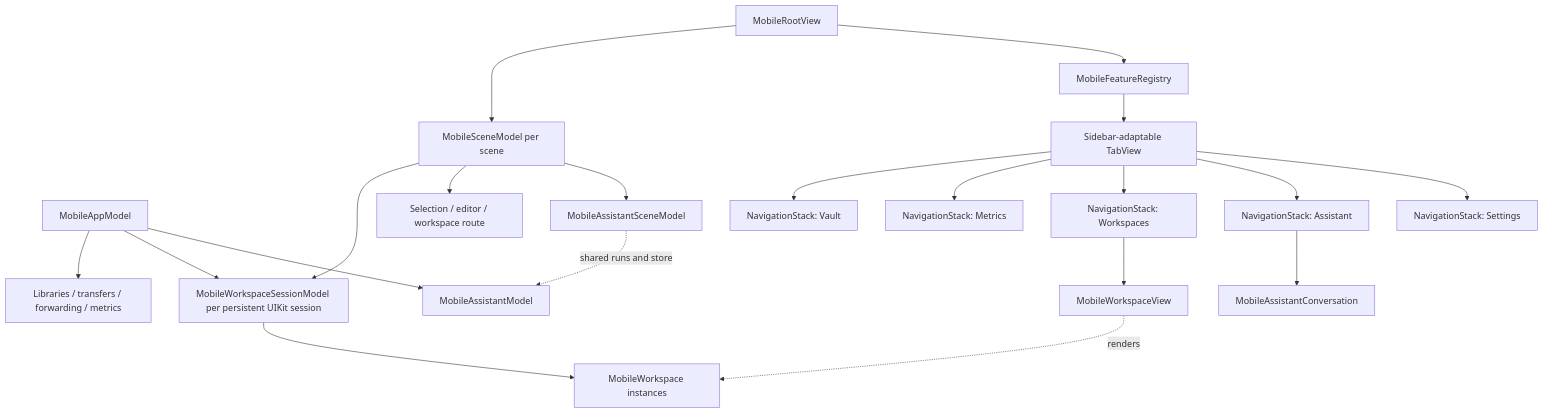
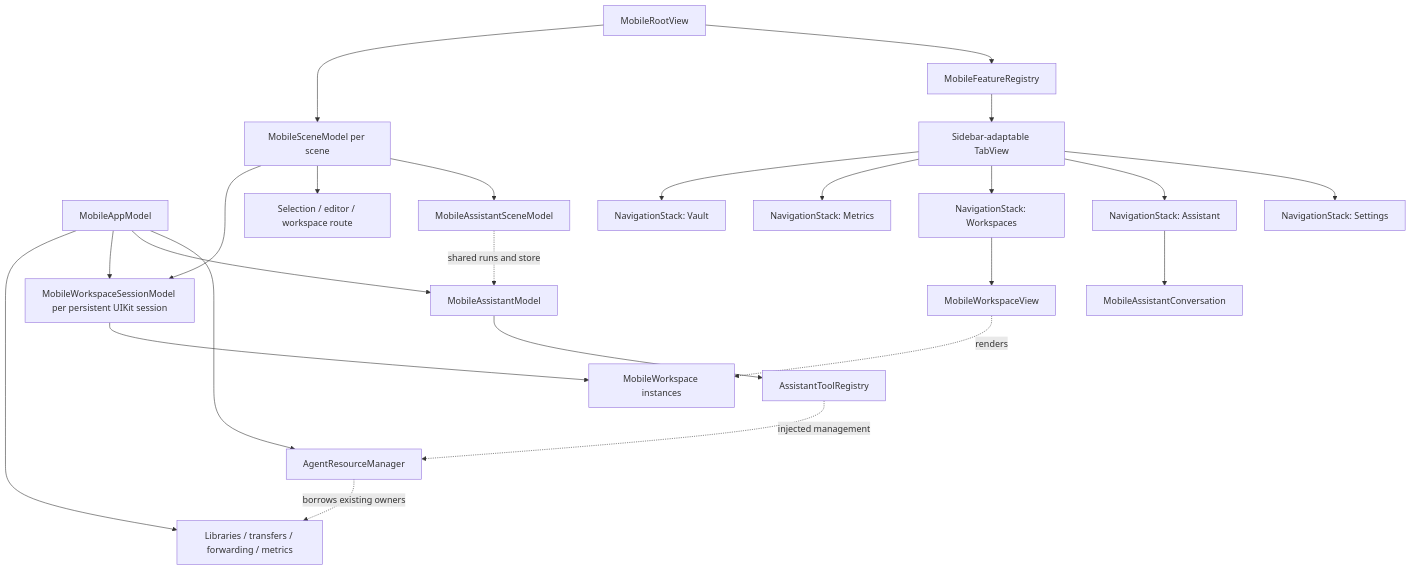
One commit to AkinoKaede/Termind changed the first of 13 diagrams in openwiki/architecture/mobile-ui.md. Above: the diagram before and after it, drawn with Mermaid. The commit also changed other lines of this file and 59 other files, not shown here.

````diff
--- a/openwiki/architecture/mobile-ui.md
+++ b/openwiki/architecture/mobile-ui.md
@@ -193,22 +203,26 @@
 ```mermaid
 flowchart TD
     App[MobileAppModel] --> Shared[Libraries / transfers / forwarding / metrics]
     App --> Sessions["MobileWorkspaceSessionModel per persistent UIKit session"]
     Sessions --> Workspaces[MobileWorkspace instances]
     App --> AssistantRuntime[MobileAssistantModel]
+    App --> Resources[AgentResourceManager]
+    Resources -. borrows existing owners .-> Shared
+    AssistantRuntime --> ToolRegistry[AssistantToolRegistry]
+    ToolRegistry -. injected management .-> Resources
     Root[MobileRootView] --> Scene[MobileSceneModel per scene]
     Scene --> Sessions
     Root --> Registry[MobileFeatureRegistry]
     Registry --> Tabs[Sidebar-adaptable TabView]
     Tabs --> Vault[NavigationStack: Vault]
     Tabs --> Metrics[NavigationStack: Metrics]
     Tabs --> WorkspaceList[NavigationStack: Workspaces]
     Tabs --> Assistant[NavigationStack: Assistant]
     Tabs --> Settings[NavigationStack: Settings]
     Scene --> Routes[Selection / editor / workspace route]
     Scene --> AssistantScene[MobileAssistantSceneModel]
     AssistantScene -. shared runs and store .-> AssistantRuntime
     WorkspaceList --> Detail[MobileWorkspaceView]
     Detail -. renders .-> Workspaces
     Assistant --> Conversation[MobileAssistantConversation]
 ```
````
